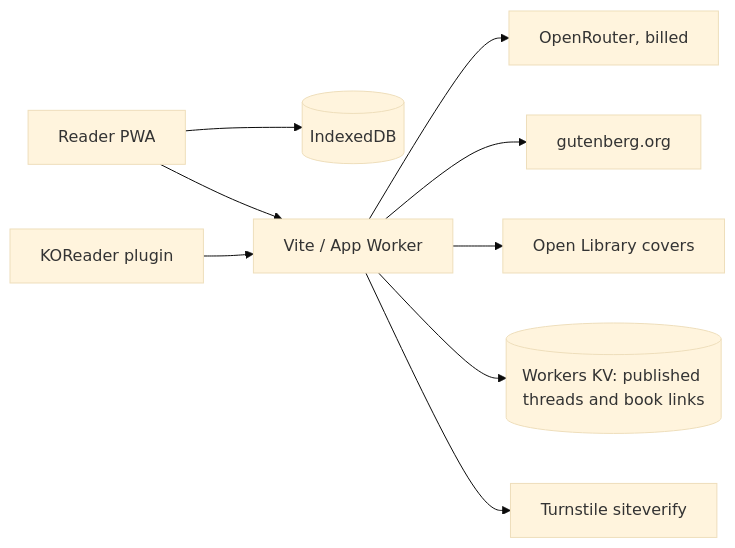
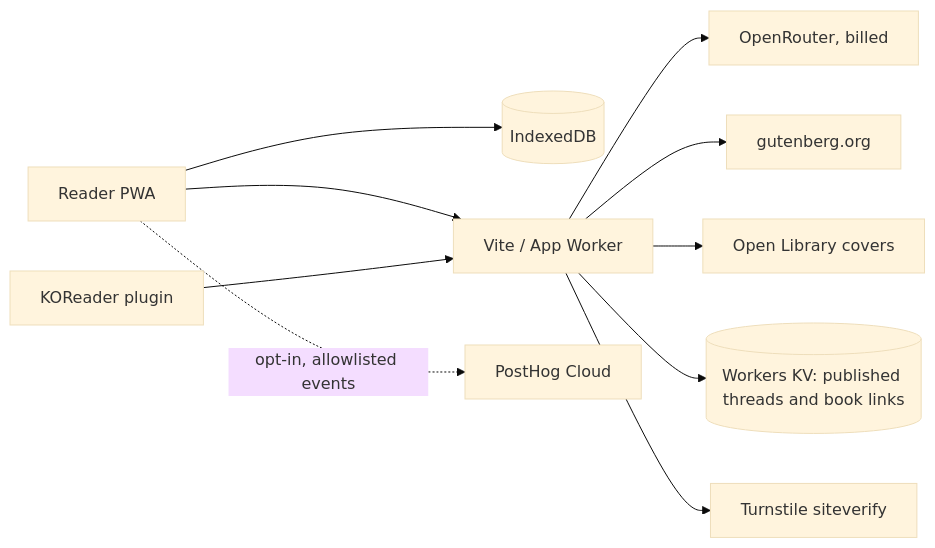
The diagram in docs/architecture.md (critesjosh/marginalia), drawn with Mermaid (base theme) before and after one commit. The commit also changed other lines of this file and 34 other files, not shown here.

````diff
--- a/docs/architecture.md
+++ b/docs/architecture.md
@@ -37,11 +40,12 @@
 ```mermaid
 flowchart LR
   PWA[Reader PWA] --> IDB[(IndexedDB)]
   PWA --> Relay[Vite / App Worker]
   KO[KOReader plugin] --> Relay
   Relay --> OR[OpenRouter, billed]
   Relay --> PG[gutenberg.org]
   Relay --> OL[Open Library covers]
   Relay --> KV[(Workers KV: published threads and book links)]
   Relay --> TS[Turnstile siteverify]
+  PWA -. opt-in, allowlisted events .-> PH[PostHog Cloud]
 ```
````
